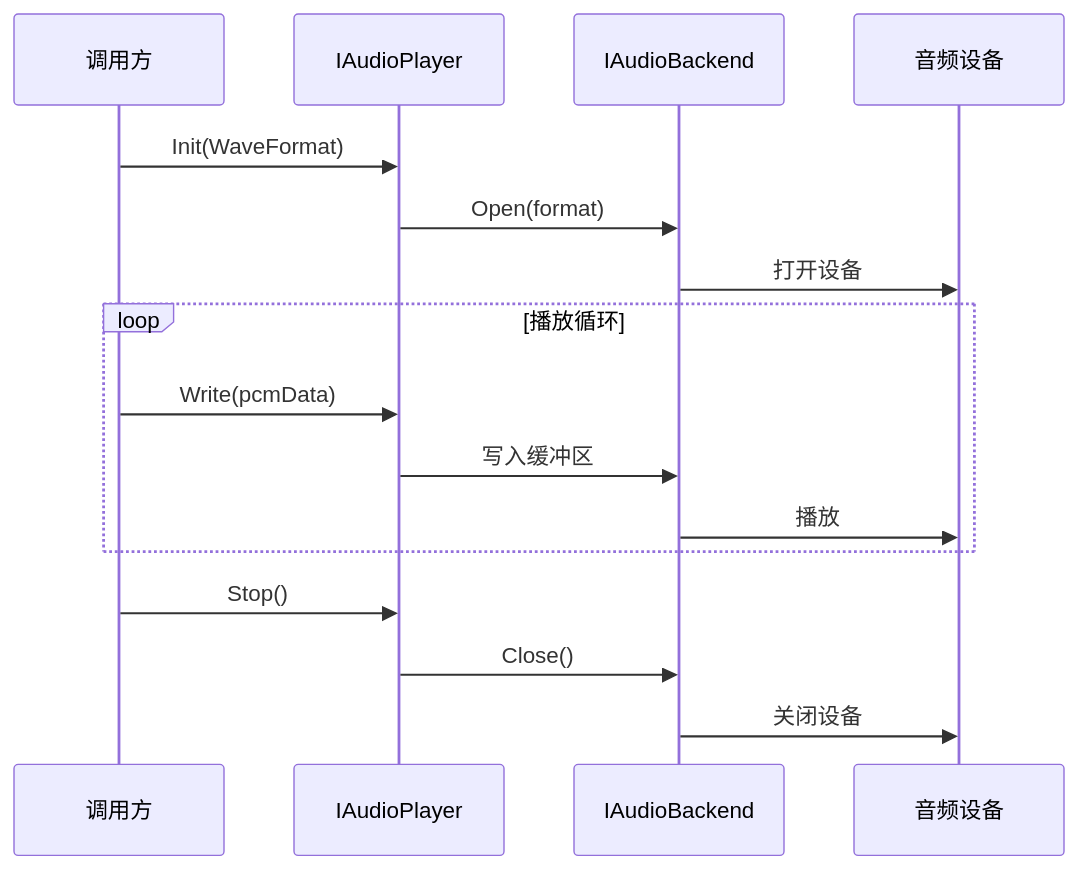
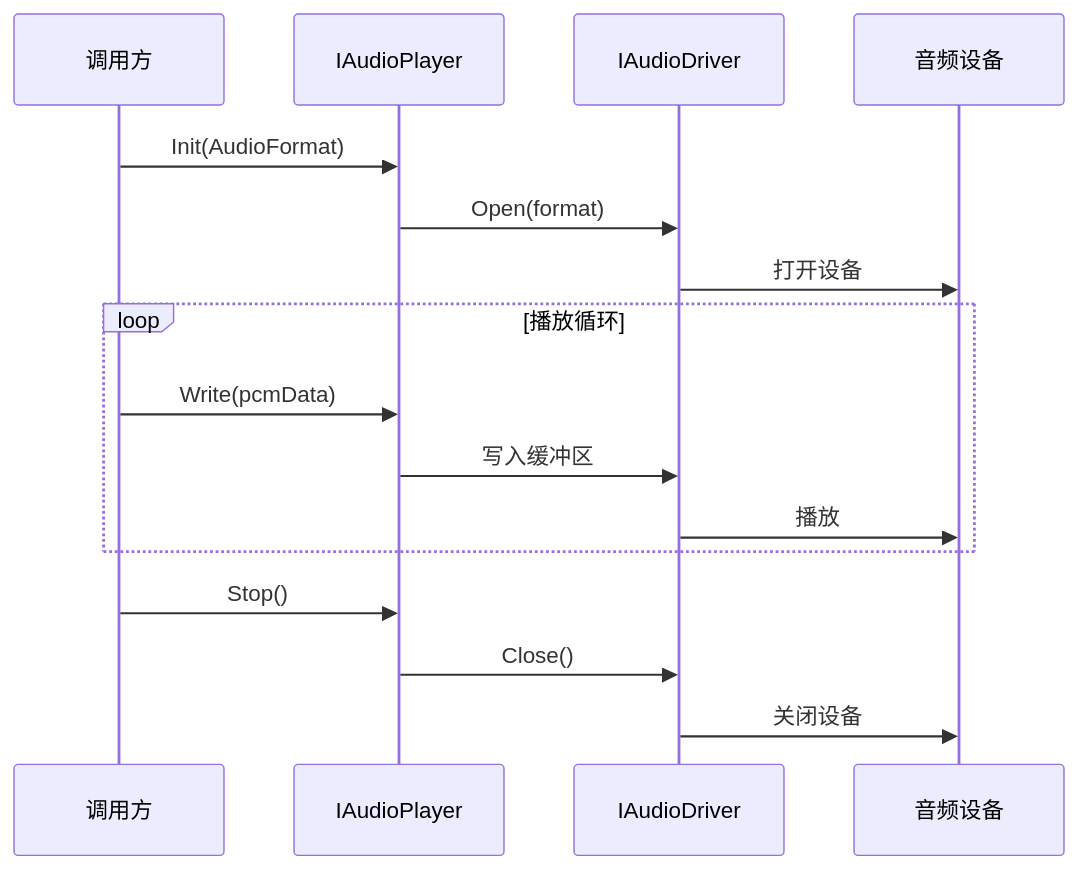
One commit to NewLifeX/NewLife.Audio changed the first of 3 diagrams in Doc/DEVIO-音频设备IO.md. Above: the diagram before and after it, drawn with Mermaid. The commit also changed other lines of this file and 18 other files, not shown here.

````diff
--- a/Doc/DEVIO-音频设备IO.md
+++ b/Doc/DEVIO-音频设备IO.md
@@ -42,18 +42,18 @@
 ```mermaid
 sequenceDiagram
     participant App as 调用方
     participant Player as IAudioPlayer
-    participant Backend as IAudioBackend
+    participant Driver as IAudioDriver
     participant Device as 音频设备
-    App->>Player: Init(WaveFormat)
-    Player->>Backend: Open(format)
-    Backend->>Device: 打开设备
+    App->>Player: Init(AudioFormat)
+    Player->>Driver: Open(format)
+    Driver->>Device: 打开设备
     loop 播放循环
         App->>Player: Write(pcmData)
-        Player->>Backend: 写入缓冲区
-        Backend->>Device: 播放
+        Player->>Driver: 写入缓冲区
+        Driver->>Device: 播放
     end
     App->>Player: Stop()
-    Player->>Backend: Close()
-    Backend->>Device: 关闭设备
+    Player->>Driver: Close()
+    Driver->>Device: 关闭设备
 ```
````
